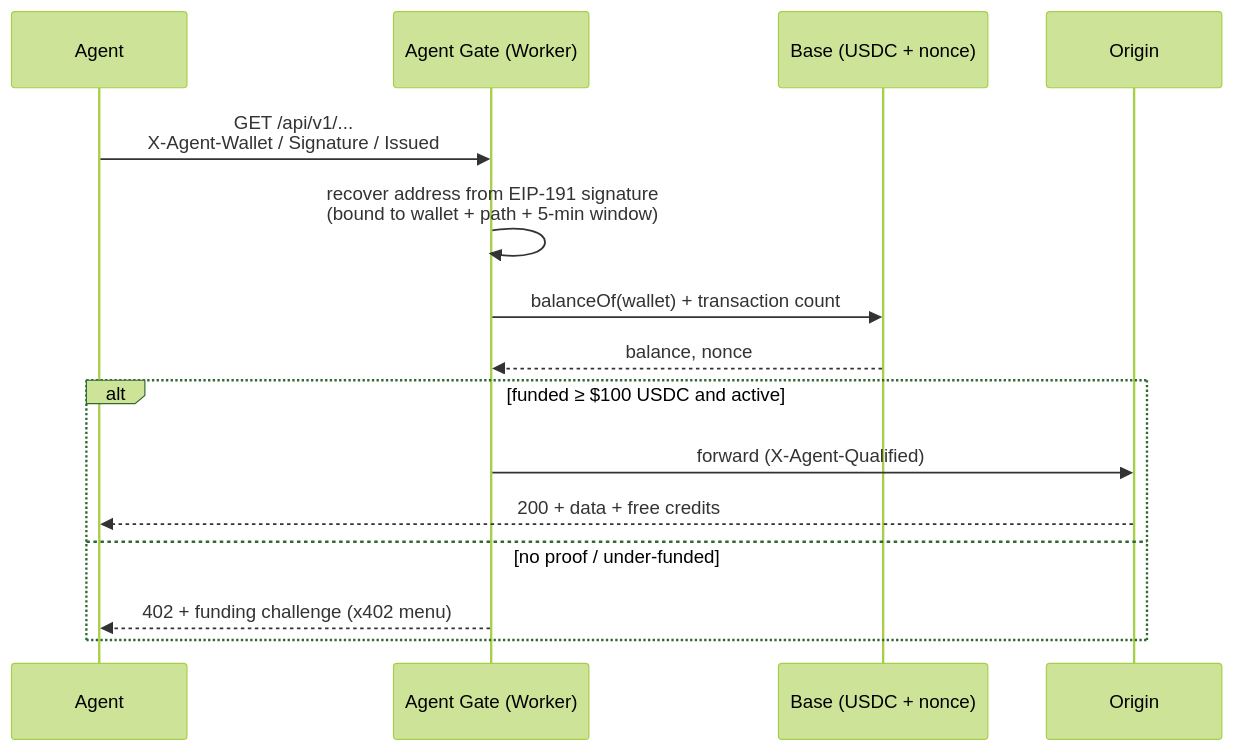
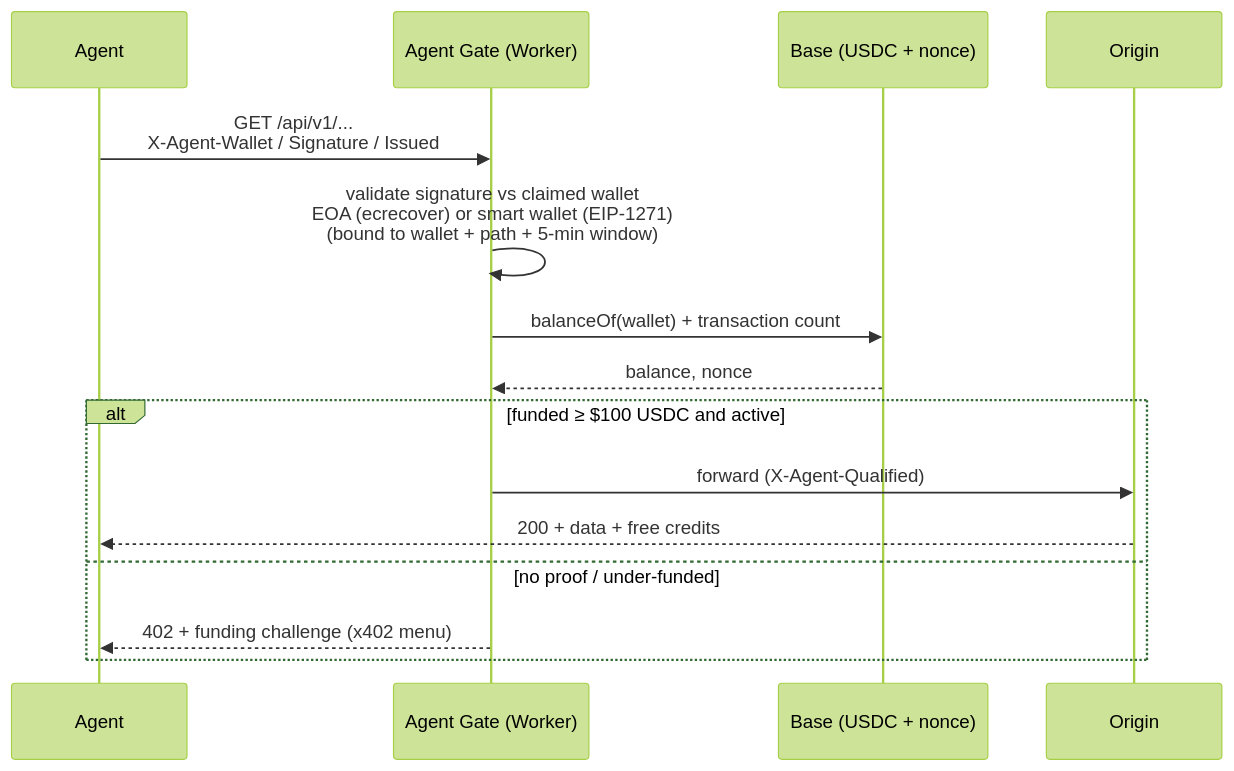
One commit to StartupHub-AI/agent-gate changed the second of 3 diagrams in README.md. Above: the diagram before and after it, drawn with Mermaid (forest theme). The commit also changed other lines of this file and 2 other files, not shown here.

First line of the commit message:
feat: smart-wallet (EIP-1271) proof + standard x402 402

````diff
--- a/README.md
+++ b/README.md
@@ -68,18 +89,18 @@
 ```mermaid
 sequenceDiagram
     participant Agent
     participant Gate as Agent Gate (Worker)
     participant Base as Base (USDC + nonce)
     participant Origin
 
     Agent->>Gate: GET /api/v1/...<br/>X-Agent-Wallet / Signature / Issued
-    Gate->>Gate: recover address from EIP-191 signature<br/>(bound to wallet + path + 5-min window)
+    Gate->>Gate: validate signature vs claimed wallet<br/>EOA (ecrecover) or smart wallet (EIP-1271)<br/>(bound to wallet + path + 5-min window)
     Gate->>Base: balanceOf(wallet) + transaction count
     Base-->>Gate: balance, nonce
     alt funded ≥ $100 USDC and active
         Gate->>Origin: forward (X-Agent-Qualified)
         Origin-->>Agent: 200 + data + free credits
     else no proof / under-funded
         Gate-->>Agent: 402 + funding challenge (x402 menu)
     end
 ```
````
